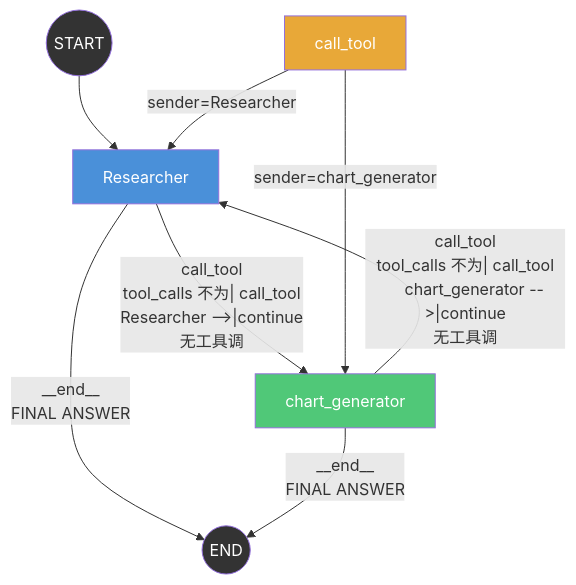
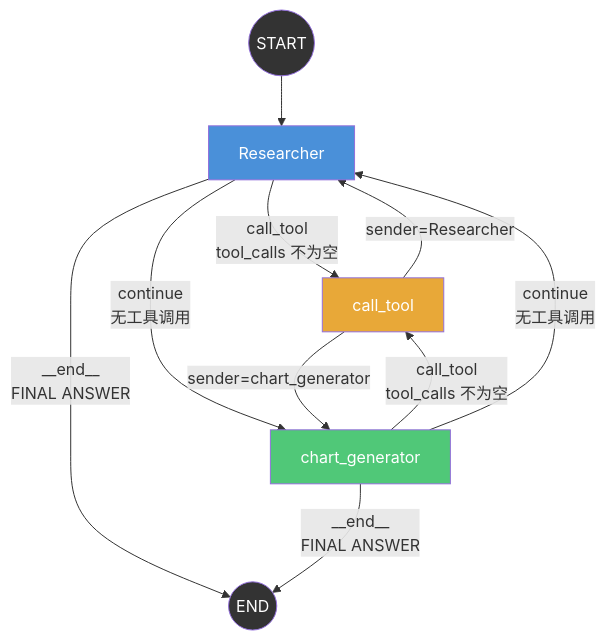
One commit to shuh-ai/agent-dev-guide changed the fourth of 11 diagrams in 02-开发框架与平台/LangGraph/04-多Agent协作.md. Above: the diagram before and after it, drawn with Mermaid. The commit also changed other lines of this file and 9 other files, not shown here.

Commit message:
fix：细化核心图表及相关描述，提升逻辑清晰度

````diff
--- a/02-开发框架与平台/LangGraph/04-多Agent协作.md
+++ b/02-开发框架与平台/LangGraph/04-多Agent协作.md
@@ -334,21 +334,21 @@
 ```mermaid
 graph TD
     START((START)) --> Researcher
 
-    Researcher -->|"call_tool<br/>tool_calls 不为| call_tool
-    Researcher -->|"continue<br/>无工具调| chart_generator
+    Researcher -->|"call_tool<br/>tool_calls 不为空"| call_tool
+    Researcher -->|"continue<br/>无工具调用"| chart_generator
     Researcher -->|"__end__<br/>FINAL ANSWER"| END_NODE((END))
 
-    chart_generator -->|"call_tool<br/>tool_calls 不为| call_tool
-    chart_generator -->|"continue<br/>无工具调| Researcher
+    chart_generator -->|"call_tool<br/>tool_calls 不为空"| call_tool
+    chart_generator -->|"continue<br/>无工具调用"| Researcher
     chart_generator -->|"__end__<br/>FINAL ANSWER"| END_NODE
 
     call_tool -->|"sender=Researcher"| Researcher
     call_tool -->|"sender=chart_generator"| chart_generator
 
     style Researcher fill:#4A90D9,color:#fff
     style chart_generator fill:#50C878,color:#fff
     style call_tool fill:#E8A838,color:#fff
     style START fill:#333,color:#fff
     style END_NODE fill:#333,color:#fff
 ```
````
